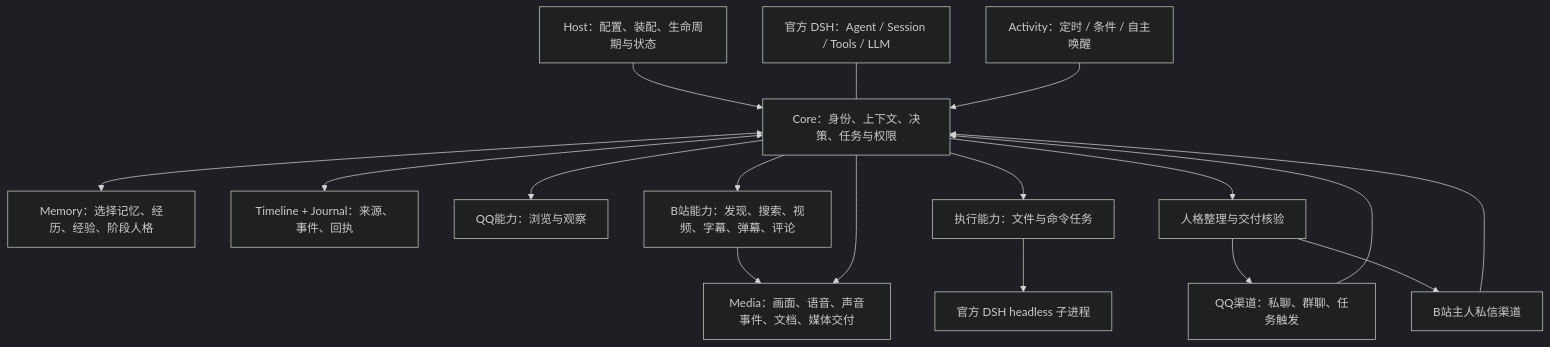
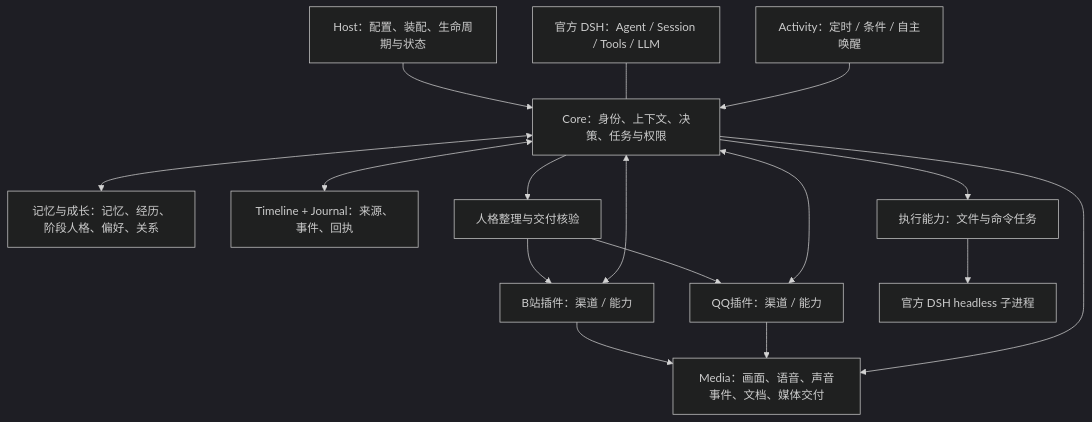
One commit to AuraKaliya/dsh-dafeiyu changed the diagram in docs/architecture.md. Above: the diagram before and after it, drawn with Mermaid (dark theme). The commit also changed other lines of this file and 7 other files, not shown here.

````diff
--- a/docs/architecture.md
+++ b/docs/architecture.md
@@ -11,19 +11,18 @@
 ```mermaid
 flowchart TB
     H[Host：配置、装配、生命周期与状态] --> C[Core：身份、上下文、决策、任务与权限]
     D[官方 DSH：Agent / Session / Tools / LLM] --- C
-    Q[QQ渠道：私聊、群聊、任务触发] --> C
-    P[B站主人私信渠道] --> C
+    Q[QQ插件：渠道 / 能力] <--> C
+    P[B站插件：渠道 / 能力] <--> C
     A[Activity：定时 / 条件 / 自主唤醒] --> C
-    C <--> M[Memory：选择记忆、经历、经验、阶段人格]
+    C <--> M[记忆与成长：记忆、经历、阶段人格、偏好、关系]
     C <--> T[Timeline + Journal：来源、事件、回执]
-    C --> QC[QQ能力：浏览与观察]
-    C --> B[B站能力：发现、搜索、视频、字幕、弹幕、评论]
-    B --> V[Media：画面、语音、声音事件、文档、媒体交付]
+    P --> V[Media：画面、语音、声音事件、文档、媒体交付]
+    Q --> V
     C --> V
     C --> X[执行能力：文件与命令任务]
     X --> CLI[官方 DSH headless 子进程]
     C --> R[人格整理与交付核验]
     R --> Q
     R --> P
 ```
````
